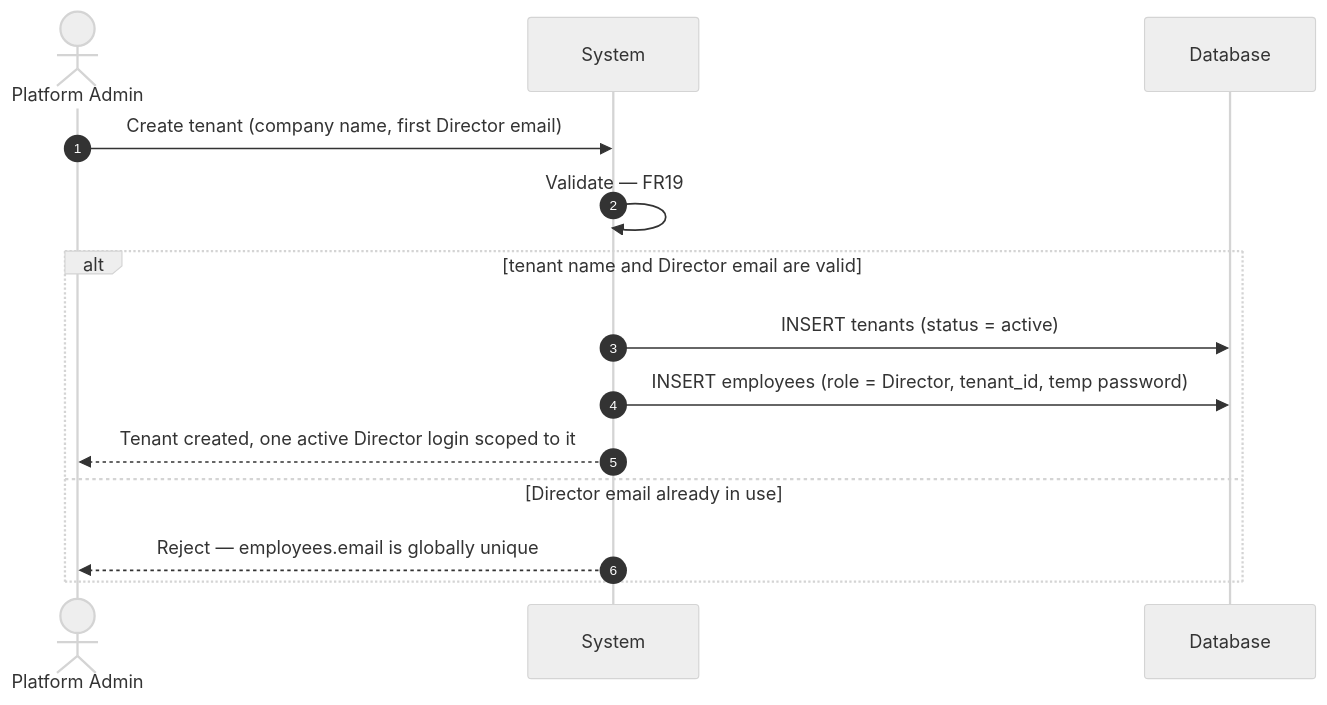
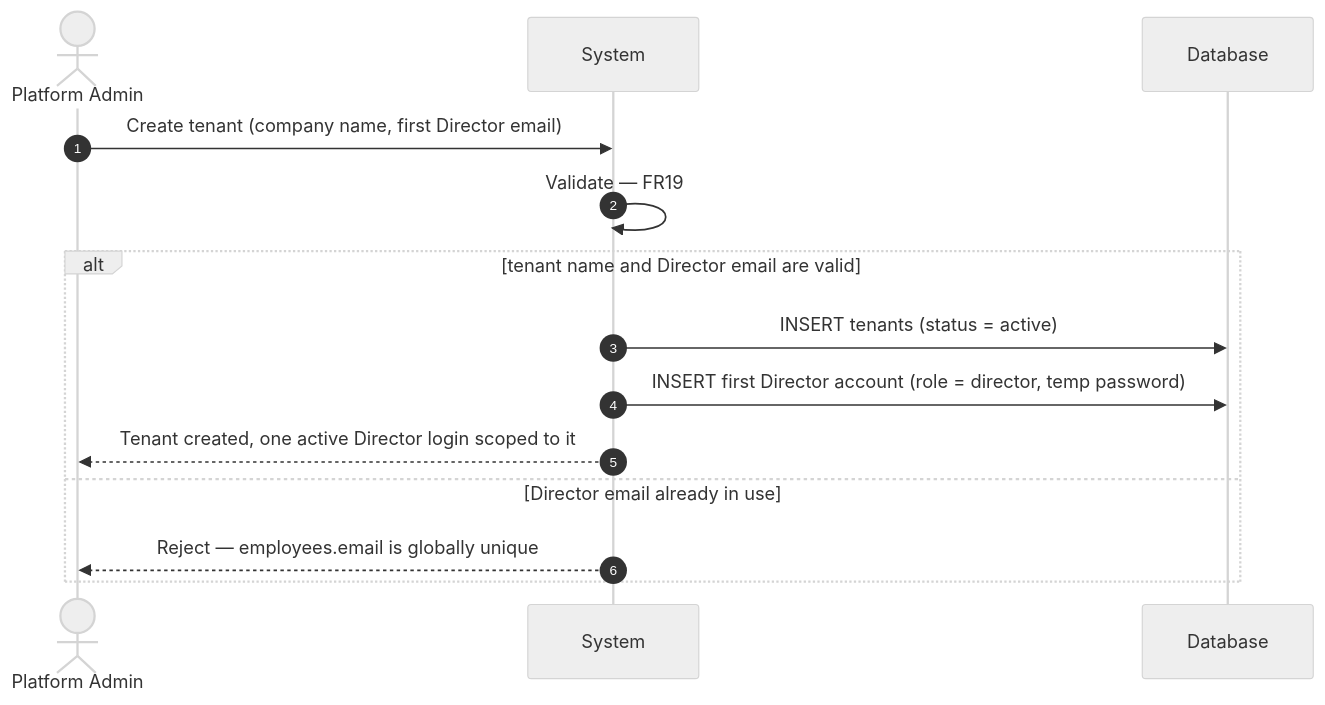
One commit to dDxCg/contrack changed the eighth of 12 diagrams in docs/08-sequence-diagram.md. Above: the diagram before and after it, drawn with Mermaid (neutral theme). The commit also changed other lines of this file and 40 other files, not shown here.

````diff
--- a/docs/08-sequence-diagram.md
+++ b/docs/08-sequence-diagram.md
@@ -131,17 +195,17 @@
 ```mermaid
 sequenceDiagram
     autonumber
     actor PlatformAdmin as Platform Admin
     participant System
     participant DB as Database
 
     PlatformAdmin->>System: Create tenant (company name, first Director email)
     System->>System: Validate — FR19
     alt tenant name and Director email are valid
         System->>DB: INSERT tenants (status = active)
-        System->>DB: INSERT employees (role = Director, tenant_id, temp password)
+        System->>DB: INSERT first Director account (role = director, temp password)
         System-->>PlatformAdmin: Tenant created, one active Director login scoped to it
     else Director email already in use
         System-->>PlatformAdmin: Reject — employees.email is globally unique
     end
 ```
````
